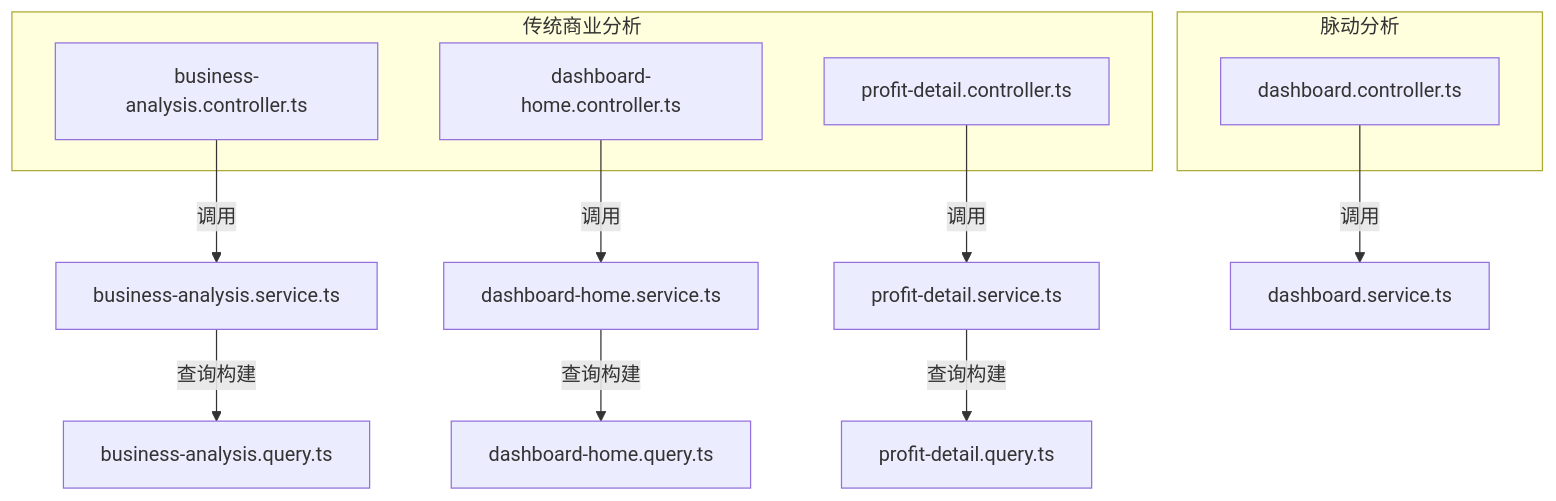
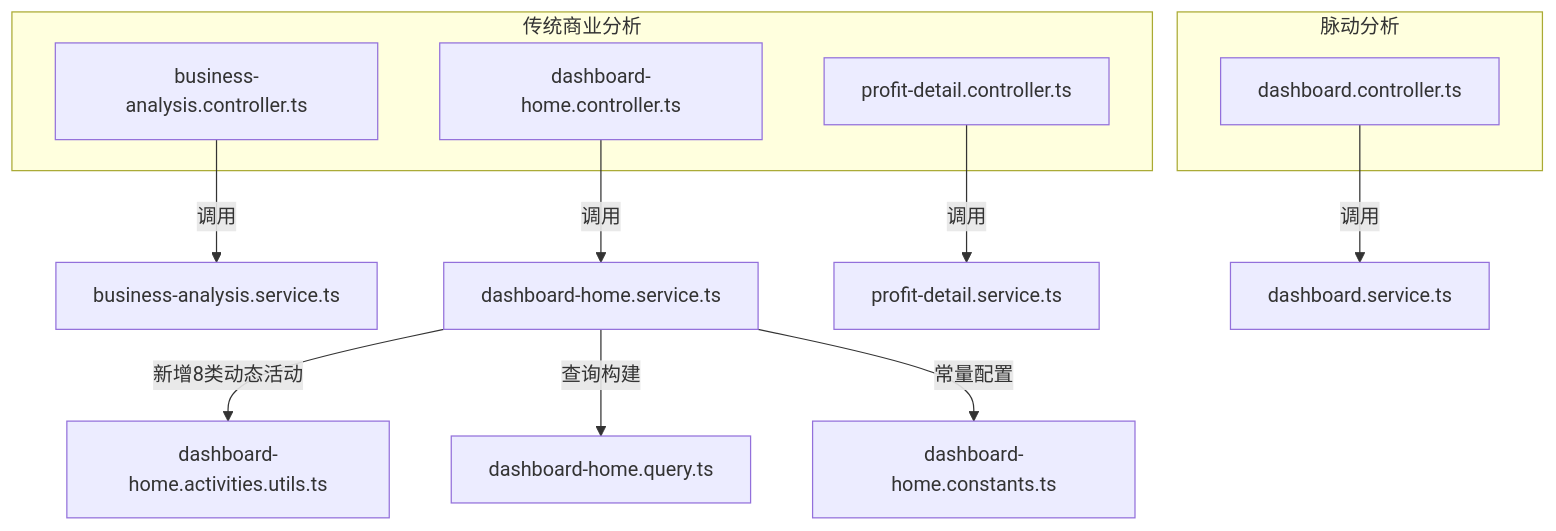
The first of 7 diagrams in .qoder/repowiki/zh/content/API 接口文档/仪表板分析接口.md (rc558620/purelyprofit-server), drawn with Mermaid before and after one commit. The commit also changed other lines of this file and 65 other files, not shown here.

````diff
--- a/.qoder/repowiki/zh/content/API 接口文档/仪表板分析接口.md
+++ b/.qoder/repowiki/zh/content/API 接口文档/仪表板分析接口.md
@@ -61,18 +65,18 @@
 ```mermaid
 graph TB
 subgraph "传统商业分析"
 BA["business-analysis.controller.ts"]
 DH["dashboard-home.controller.ts"]
 PD["profit-detail.controller.ts"]
 end
 subgraph "脉动分析"
 PDC["dashboard.controller.ts"]
 end
 BA --> |"调用"| BA_SVC["business-analysis.service.ts"]
 DH --> |"调用"| DH_SVC["dashboard-home.service.ts"]
 PD --> |"调用"| PD_SVC["profit-detail.service.ts"]
 PDC --> |"调用"| PDC_SVC["dashboard.service.ts"]
-BA_SVC --> |"查询构建"| BA_Q["business-analysis.query.ts"]
+DH_SVC --> |"新增8类动态活动"| ACT_UTILS["dashboard-home.activities.utils.ts"]
 DH_SVC --> |"查询构建"| DH_Q["dashboard-home.query.ts"]
-PD_SVC --> |"查询构建"| PD_Q["profit-detail.query.ts"]
+DH_SVC --> |"常量配置"| DH_CONST["dashboard-home.constants.ts"]
 ```
````
